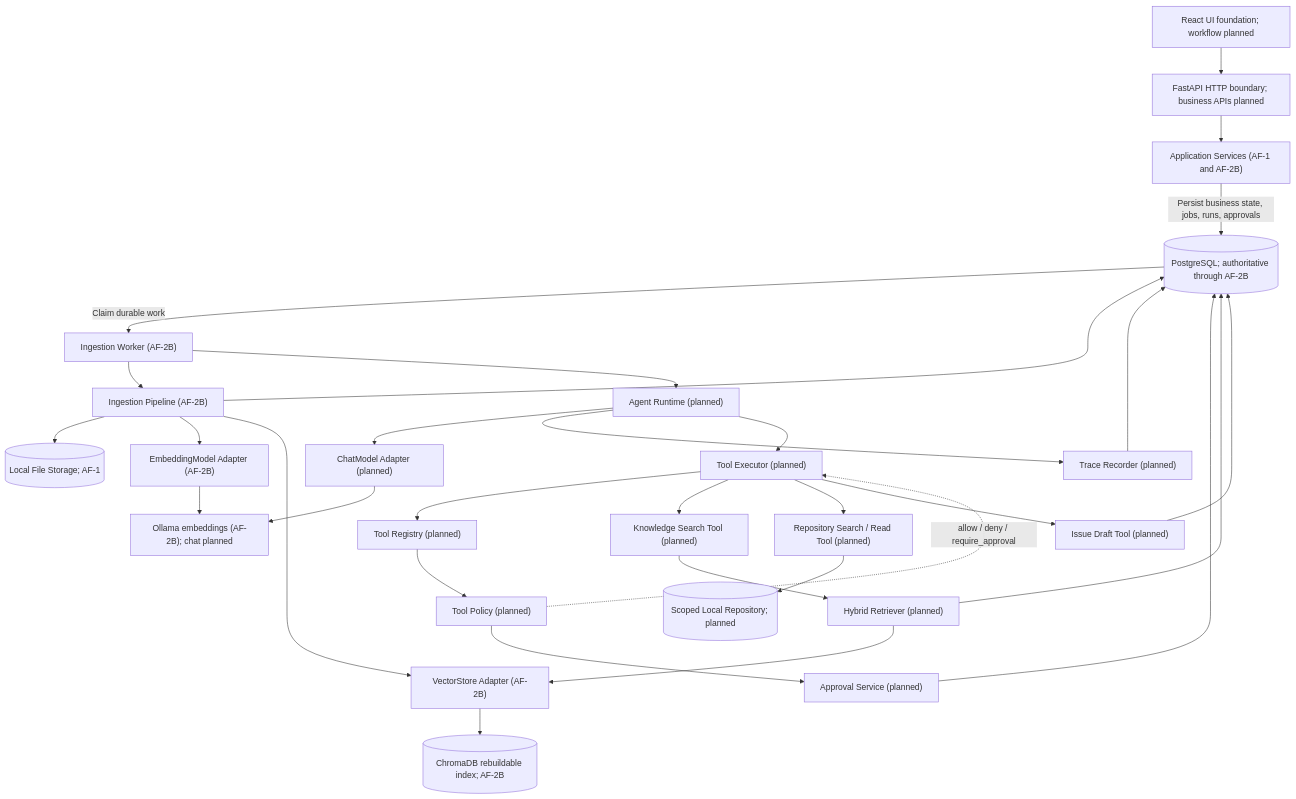
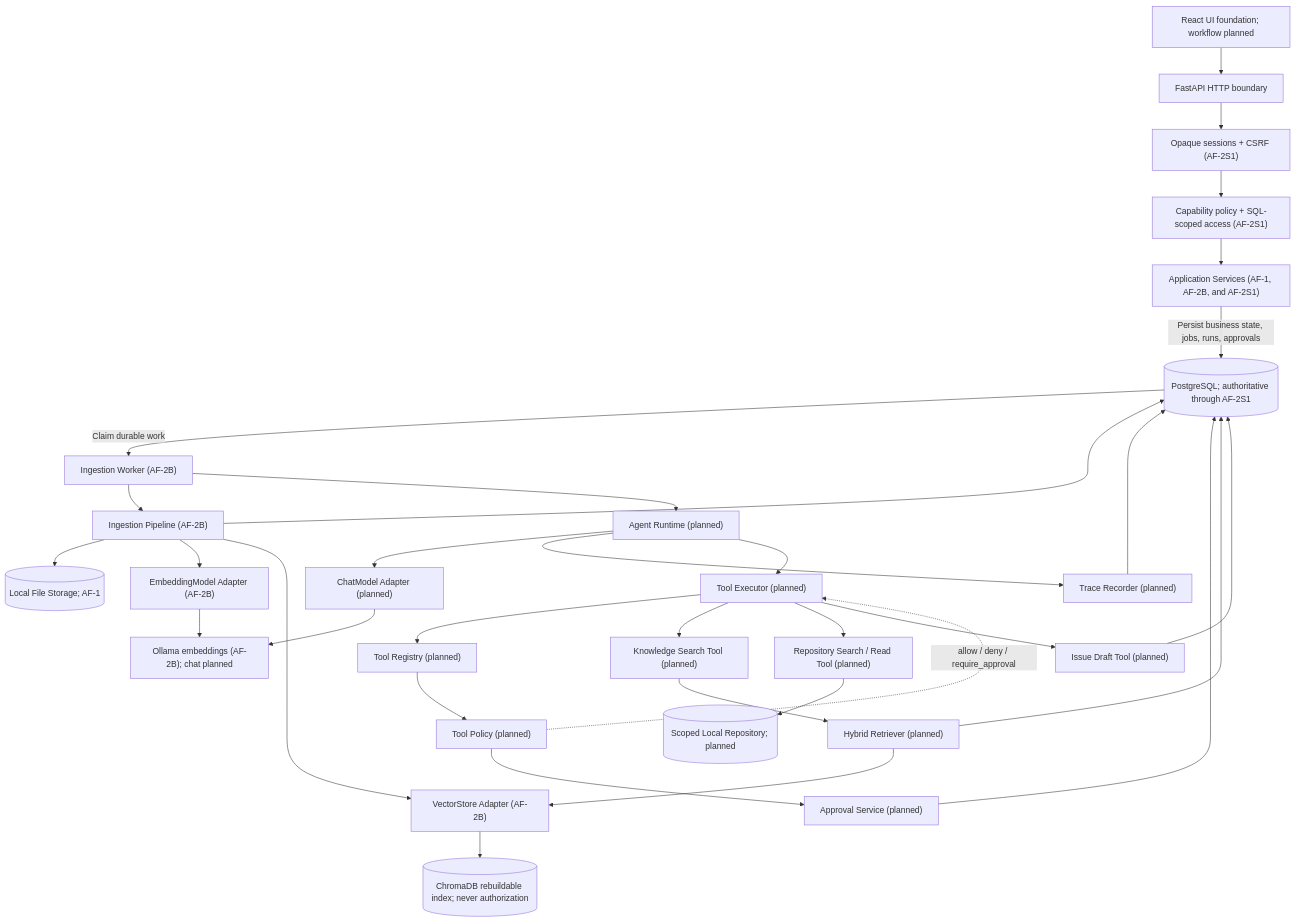
One commit to hyperweng821-commits/Agentic-Rag-Platform changed the first of 5 diagrams in docs/architecture.md. Above: the diagram before and after it, drawn with Mermaid. The commit also changed other lines of this file and 58 other files, not shown here.

Commit message:
feat(security): enforce knowledge access boundary

````diff
--- a/docs/architecture.md
+++ b/docs/architecture.md
@@ -55,61 +70,65 @@
 ```mermaid
 flowchart TD
     UI["React UI foundation; workflow planned"]
-    HTTP["FastAPI HTTP boundary; business APIs planned"]
-    Services["Application Services (AF-1 and AF-2B)"]
+    HTTP["FastAPI HTTP boundary"]
+    Auth["Opaque sessions + CSRF (AF-2S1)"]
+    Authorization["Capability policy + SQL-scoped access (AF-2S1)"]
+    Services["Application Services (AF-1, AF-2B, and AF-2S1)"]
     Worker["Ingestion Worker (AF-2B)"]
     Ingestion["Ingestion Pipeline (AF-2B)"]
     Runtime["Agent Runtime (planned)"]
     Executor["Tool Executor (planned)"]
     Registry["Tool Registry (planned)"]
     Policy["Tool Policy (planned)"]
     Approval["Approval Service (planned)"]
     Trace["Trace Recorder (planned)"]
     Knowledge["Knowledge Search Tool (planned)"]
     Repository["Repository Search / Read Tool (planned)"]
     Issue["Issue Draft Tool (planned)"]
     Retriever["Hybrid Retriever (planned)"]
     ChatAdapter["ChatModel Adapter (planned)"]
     EmbeddingAdapter["EmbeddingModel Adapter (AF-2B)"]
     VectorAdapter["VectorStore Adapter (AF-2B)"]
-    PG[(PostgreSQL; authoritative through AF-2B)]
-    Chroma[(ChromaDB rebuildable index; AF-2B)]
+    PG[(PostgreSQL; authoritative through AF-2S1)]
+    Chroma[(ChromaDB rebuildable index; never authorization)]
     Ollama["Ollama embeddings (AF-2B); chat planned"]
     Files[(Local File Storage; AF-1)]
     LocalRepo[(Scoped Local Repository; planned)]
 
     UI --> HTTP
-    HTTP --> Services
+    HTTP --> Auth
+    Auth --> Authorization
+    Authorization --> Services
     Services -->|"Persist business state, jobs, runs, approvals"| PG
     PG -->|"Claim durable work"| Worker
 
     Worker --> Ingestion
     Worker --> Runtime
     Ingestion --> Files
     Ingestion --> PG
     Ingestion --> EmbeddingAdapter
     EmbeddingAdapter --> Ollama
     Ingestion --> VectorAdapter
     VectorAdapter --> Chroma
 
     Runtime --> ChatAdapter
     ChatAdapter --> Ollama
     Runtime --> Trace
     Trace --> PG
 
     Runtime --> Executor
     Executor --> Registry
     Registry --> Policy
     Policy -. "allow / deny / require_approval" .-> Executor
     Policy --> Approval
     Approval --> PG
 
     Executor --> Knowledge
     Executor --> Repository
     Executor --> Issue
     Knowledge --> Retriever
     Retriever --> PG
     Retriever --> VectorAdapter
     Repository --> LocalRepo
     Issue --> PG
 ```
````
